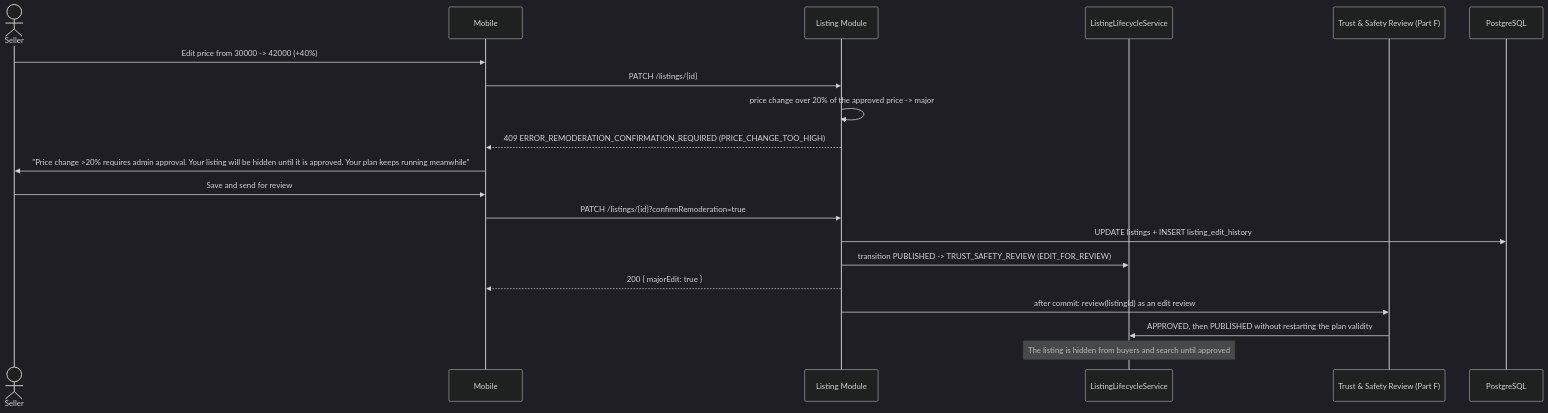
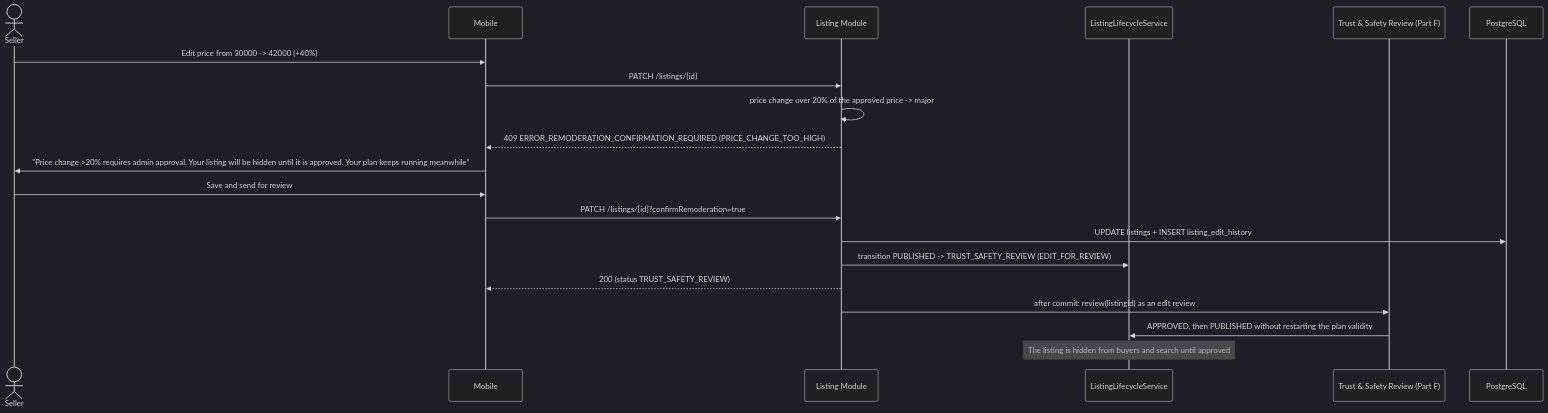
Before and after one commit to VSPL-New/Documents: diagram 15 of 15 in LLD/Sprint-2-Seller Listing Creation-LLD.md, drawn with Mermaid (dark theme). The commit also changed other lines of this file and 2 other files, not shown here.

````diff
--- a/LLD/Sprint-2-Seller Listing Creation-LLD.md
+++ b/LLD/Sprint-2-Seller Listing Creation-LLD.md
@@ -3280,23 +3273,23 @@
 ```mermaid
 sequenceDiagram
     actor Seller
     participant Mobile
     participant Backend as Listing Module
     participant Lifecycle as ListingLifecycleService
     participant Review as Trust & Safety Review (Part F)
     participant DB as PostgreSQL
 
     Seller->>Mobile: Edit price from 30000 -> 42000 (+40%)
     Mobile->>Backend: PATCH /listings/{id}
     Backend->>Backend: price change over 20% of the approved price -> major
     Backend-->>Mobile: 409 ERROR_REMODERATION_CONFIRMATION_REQUIRED (PRICE_CHANGE_TOO_HIGH)
     Mobile->>Seller: "Price change >20% requires admin approval. Your listing will be hidden until it is approved. Your plan keeps running meanwhile"
     Seller->>Mobile: Save and send for review
     Mobile->>Backend: PATCH /listings/{id}?confirmRemoderation=true
     Backend->>DB: UPDATE listings + INSERT listing_edit_history
     Backend->>Lifecycle: transition PUBLISHED -> TRUST_SAFETY_REVIEW (EDIT_FOR_REVIEW)
-    Backend-->>Mobile: 200 { majorEdit: true }
+    Backend-->>Mobile: 200 (status TRUST_SAFETY_REVIEW)
     Backend->>Review: after commit: review(listingId) as an edit review
     Review->>Lifecycle: APPROVED, then PUBLISHED without restarting the plan validity
     Note over Lifecycle: The listing is hidden from buyers and search until approved
 ```
````
